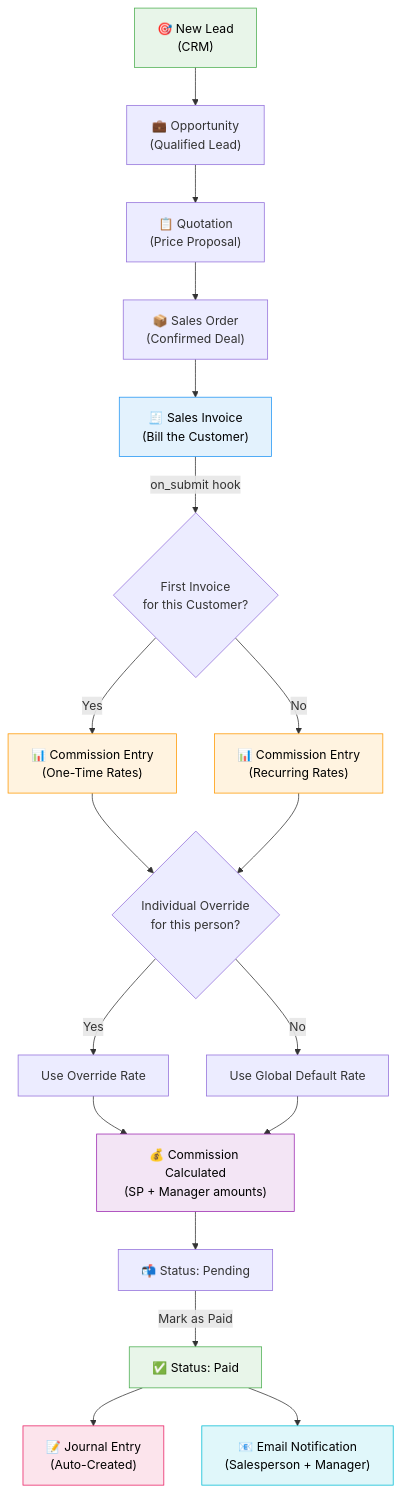
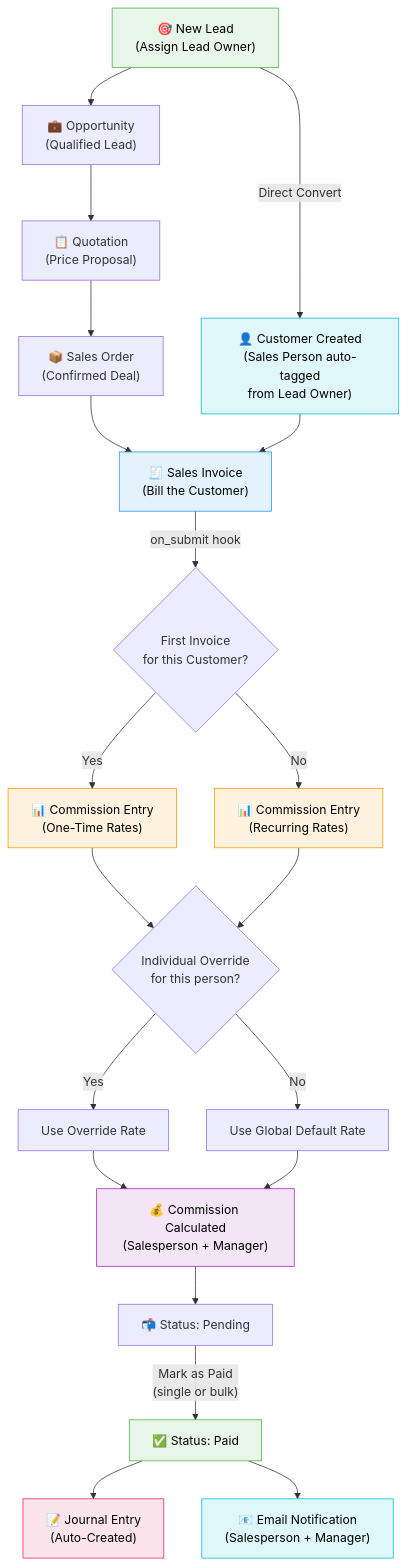
Before and after one commit to codepromaxtech/erpnext_crm_commission_engine: the diagram in README.md, drawn with Mermaid. The commit also changed other lines of this file, not shown here.

````diff
--- a/README.md
+++ b/README.md
@@ -11,35 +11,38 @@
 ```mermaid
 flowchart TD
-    A["🎯 New Lead\n(CRM)"] --> B["💼 Opportunity\n(Qualified Lead)"]
+    A["🎯 New Lead\n(Assign Lead Owner)"] --> B["💼 Opportunity\n(Qualified Lead)"]
     B --> C["📋 Quotation\n(Price Proposal)"]
     C --> D["📦 Sales Order\n(Confirmed Deal)"]
-    D --> E["🧾 Sales Invoice\n(Bill the Customer)"]
+    A -->|"Direct Convert"| E["👤 Customer Created\n(Sales Person auto-tagged\nfrom Lead Owner)"]
+    D --> F["🧾 Sales Invoice\n(Bill the Customer)"]
+    E --> F
 
-    E -->|"on_submit hook"| F{"First Invoice\nfor this Customer?"}
+    F -->|"on_submit hook"| G{"First Invoice\nfor this Customer?"}
 
-    F -->|"Yes"| G["📊 Commission Entry\n(One-Time Rates)"]
-    F -->|"No"| H["📊 Commission Entry\n(Recurring Rates)"]
+    G -->|"Yes"| H["📊 Commission Entry\n(One-Time Rates)"]
+    G -->|"No"| I["📊 Commission Entry\n(Recurring Rates)"]
 
-    G --> I{"Individual Override\nfor this person?"}
-    H --> I
+    H --> J{"Individual Override\nfor this person?"}
+    I --> J
 
-    I -->|"Yes"| J["Use Override Rate"]
-    I -->|"No"| K["Use Global Default Rate"]
+    J -->|"Yes"| K["Use Override Rate"]
+    J -->|"No"| L["Use Global Default Rate"]
 
-    J --> L["💰 Commission Calculated\n(SP + Manager amounts)"]
-    K --> L
+    K --> M["💰 Commission Calculated\n(Salesperson + Manager)"]
+    L --> M
 
-    L --> M["📬 Status: Pending"]
-    M -->|"Mark as Paid"| N["✅ Status: Paid"]
-    N --> O["📝 Journal Entry\n(Auto-Created)"]
-    N --> P["📧 Email Notification\n(Salesperson + Manager)"]
+    M --> N["📬 Status: Pending"]
+    N -->|"Mark as Paid\n(single or bulk)"| O["✅ Status: Paid"]
+    O --> P["📝 Journal Entry\n(Auto-Created)"]
+    O --> Q["📧 Email Notification\n(Salesperson + Manager)"]
 
     style A fill:#e8f5e9,stroke:#4caf50,color:#000
-    style E fill:#e3f2fd,stroke:#2196f3,color:#000
-    style G fill:#fff3e0,stroke:#ff9800,color:#000
+    style E fill:#e0f7fa,stroke:#00bcd4,color:#000
+    style F fill:#e3f2fd,stroke:#2196f3,color:#000
     style H fill:#fff3e0,stroke:#ff9800,color:#000
-    style L fill:#f3e5f5,stroke:#9c27b0,color:#000
-    style N fill:#e8f5e9,stroke:#4caf50,color:#000
-    style O fill:#fce4ec,stroke:#e91e63,color:#000
-    style P fill:#e0f7fa,stroke:#00bcd4,color:#000
+    style I fill:#fff3e0,stroke:#ff9800,color:#000
+    style M fill:#f3e5f5,stroke:#9c27b0,color:#000
+    style O fill:#e8f5e9,stroke:#4caf50,color:#000
+    style P fill:#fce4ec,stroke:#e91e63,color:#000
+    style Q fill:#e0f7fa,stroke:#00bcd4,color:#000
 ```
````
